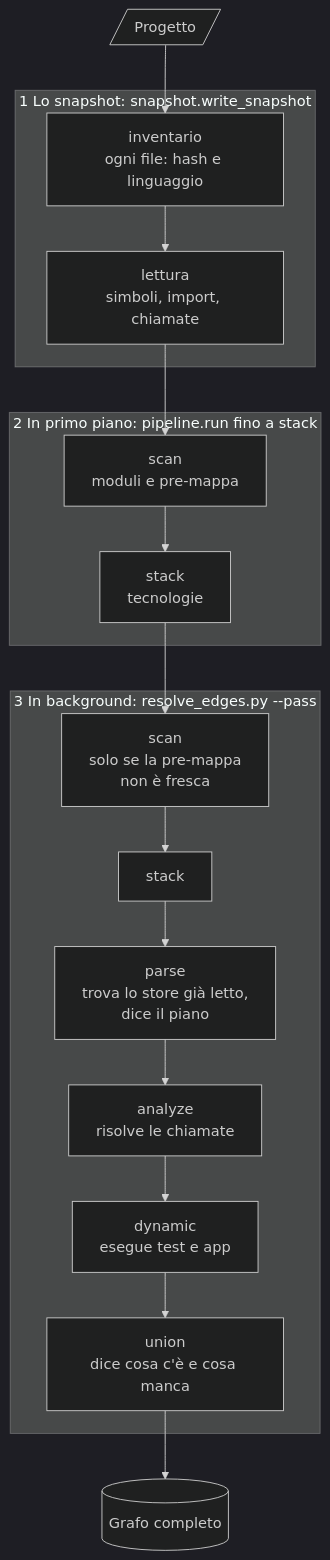
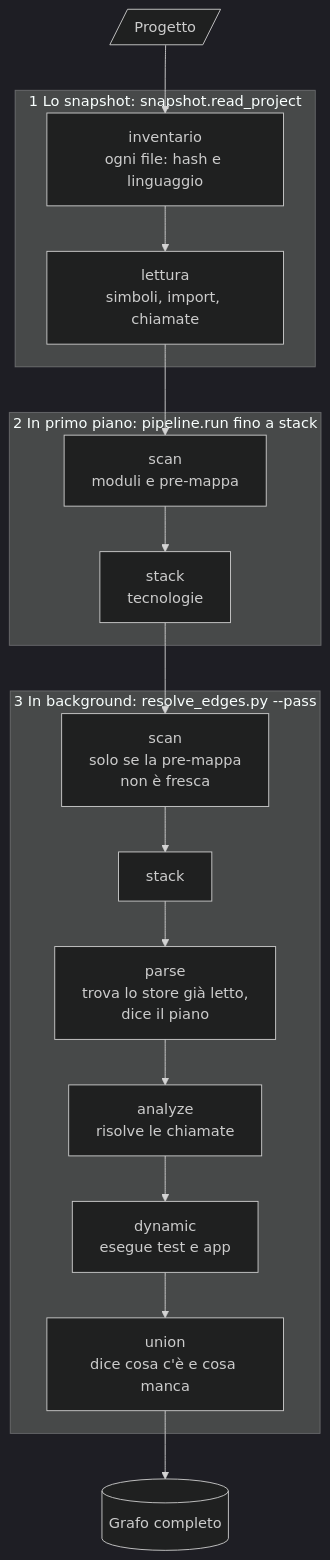
Before and after one commit to acaprino/daodan: the first of 5 diagrams in docs/plugins/codebase-map.md, drawn with Mermaid (dark theme). The commit also changed other lines of this file and 113 other files, not shown here.

First line of the commit message:
refactor(snapshot): write_snapshot si chiama read_project

````diff
--- a/docs/plugins/codebase-map.md
+++ b/docs/plugins/codebase-map.md
@@ -97,20 +97,20 @@
 ```mermaid
 flowchart TD
   P[/Progetto/] --> inv
-  subgraph T1["1 Lo snapshot: snapshot.write_snapshot"]
+  subgraph T1["1 Lo snapshot: snapshot.read_project"]
     inv["inventario<br>ogni file: hash e linguaggio"] --> let["lettura<br>simboli, import, chiamate"]
   end
   subgraph T2["2 In primo piano: pipeline.run fino a stack"]
     scanA["scan<br>moduli e pre-mappa"] --> stackA["stack<br>tecnologie"]
   end
   subgraph T3["3 In background: resolve_edges.py --pass"]
     scanB["scan<br>solo se la pre-mappa<br>non è fresca"] --> stackB[stack]
     stackB --> parse["parse<br>trova lo store già letto,<br>dice il piano"]
     parse --> analyze["analyze<br>risolve le chiamate"]
     analyze --> dynamic["dynamic<br>esegue test e app"]
     dynamic --> union["union<br>dice cosa c'è e cosa manca"]
   end
   let --> scanA
   stackA --> scanB
   union --> G[(Grafo completo)]
 ```
````
